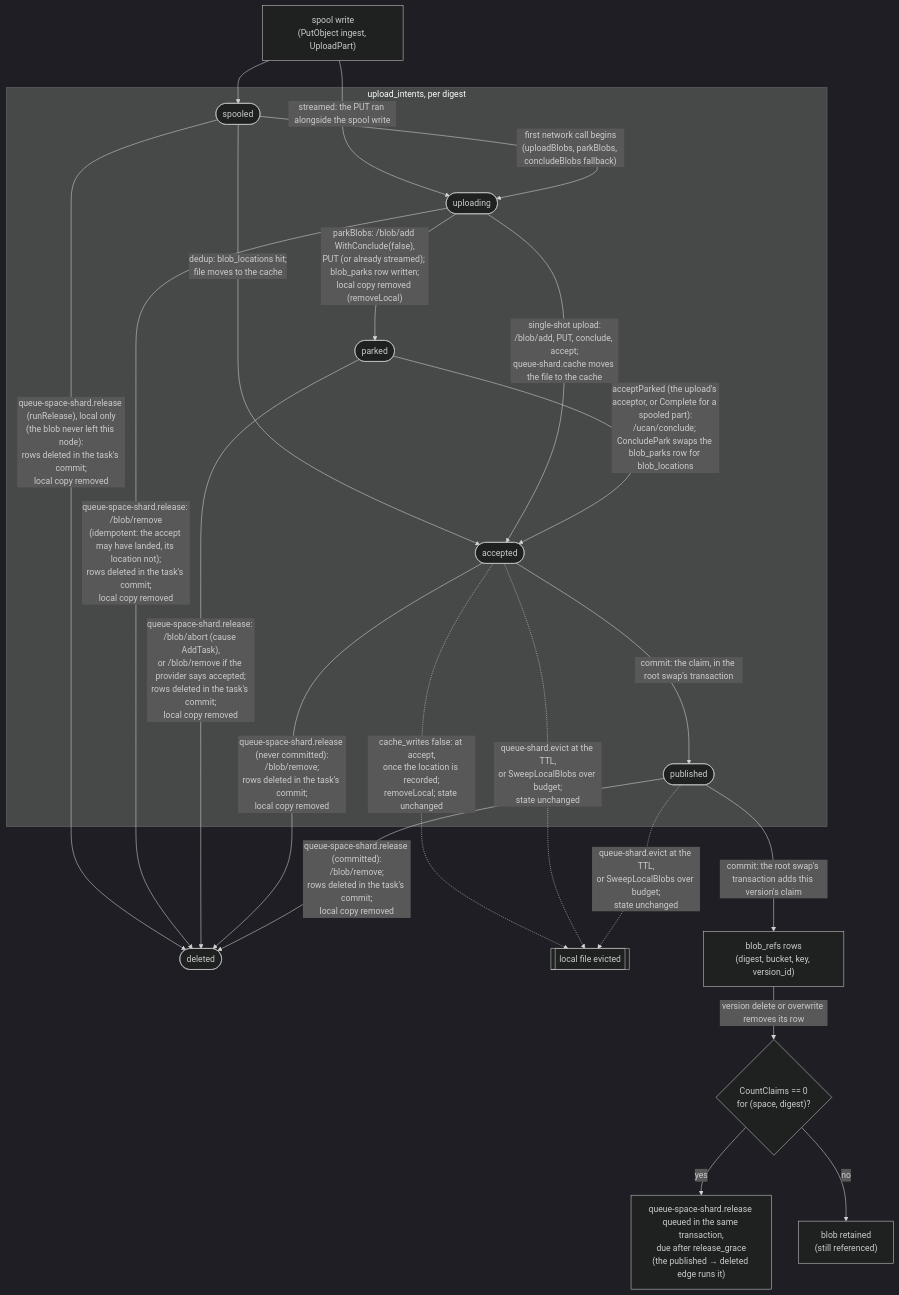
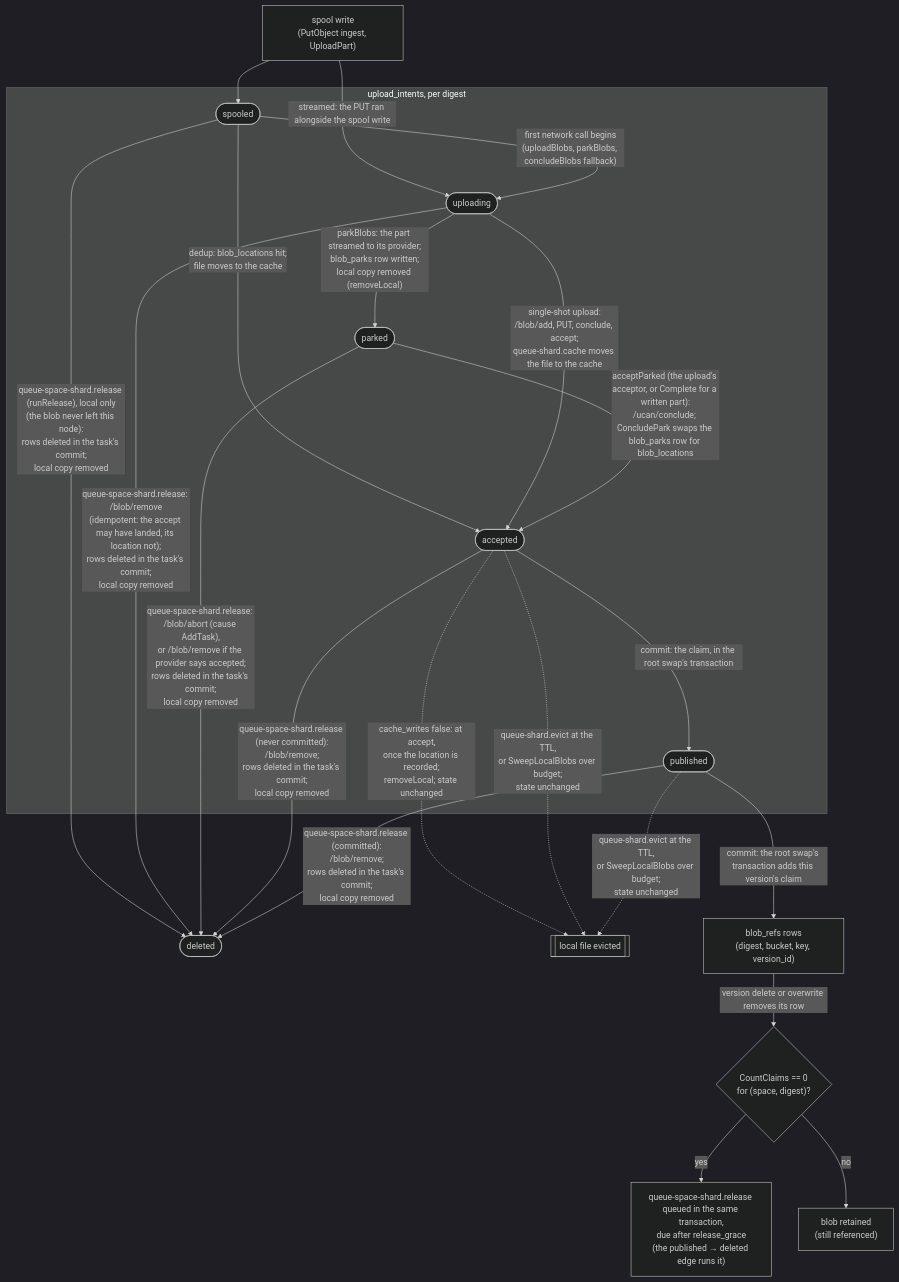
Before and after one commit to fil-forge/ingot: the ninth of 15 diagrams in docs/diagrams.md, drawn with Mermaid (dark theme). The commit also changed other lines of this file and 30 other files, not shown here.

First line of the commit message:
refactor: stream every part blob, drop multipart's spool fallbacks

````diff
--- a/docs/diagrams.md
+++ b/docs/diagrams.md
@@ -702,34 +703,34 @@
 ```mermaid
 flowchart TB
     W["spool write<br/>(PutObject ingest, UploadPart)"] --> spooled
     W -->|"streamed: the PUT ran alongside the spool write"| uploading
 
     subgraph intents["upload_intents, per digest"]
         spooled([spooled])
         uploading([uploading])
         parked([parked])
         accepted([accepted])
         published([published])
     end
 
     spooled -->|"dedup: blob_locations hit;<br/>file moves to the cache"| accepted
     spooled -->|"first network call begins<br/>(uploadBlobs, parkBlobs, concludeBlobs fallback)"| uploading
     uploading -->|"single-shot upload:<br/>/blob/add, PUT, conclude, accept;<br/>queue-shard.cache moves the file to the cache"| accepted
-    uploading -->|"parkBlobs: /blob/add WithConclude(false),<br/>PUT (or already streamed); blob_parks row written;<br/>local copy removed (removeLocal)"| parked
-    parked -->|"acceptParked (the upload's acceptor, or Complete for a spooled part):<br/>/ucan/conclude; ConcludePark swaps the blob_parks row for blob_locations"| accepted
+    uploading -->|"parkBlobs: the part streamed to its provider;<br/>blob_parks row written;<br/>local copy removed (removeLocal)"| parked
+    parked -->|"acceptParked (the upload's acceptor, or Complete for a written part):<br/>/ucan/conclude; ConcludePark swaps the blob_parks row for blob_locations"| accepted
     spooled -->|"queue-space-shard.release (runRelease), local only<br/>(the blob never left this node):<br/>rows deleted in the task's commit;<br/>local copy removed"| gone([deleted])
     uploading -->|"queue-space-shard.release: /blob/remove<br/>(idempotent: the accept may have landed, its location not);<br/>rows deleted in the task's commit;<br/>local copy removed"| gone
     parked -->|"queue-space-shard.release: /blob/abort (cause AddTask),<br/>or /blob/remove if the provider says accepted;<br/>rows deleted in the task's commit;<br/>local copy removed"| gone
     accepted -->|"queue-space-shard.release (never committed):<br/>/blob/remove;<br/>rows deleted in the task's commit;<br/>local copy removed"| gone
     published -->|"queue-space-shard.release (committed):<br/>/blob/remove;<br/>rows deleted in the task's commit;<br/>local copy removed"| gone
 
     accepted -->|"commit: the claim, in the root swap's transaction"| published
 
     accepted -.->|"cache_writes false: at accept,<br/>once the location is recorded;<br/>removeLocal; state unchanged"| evicted[["local file evicted"]]
     accepted -.->|"queue-shard.evict at the TTL,<br/>or SweepLocalBlobs over budget;<br/>state unchanged"| evicted
     published -.->|"queue-shard.evict at the TTL,<br/>or SweepLocalBlobs over budget;<br/>state unchanged"| evicted
     published -->|"commit: the root swap's transaction adds this version's claim"| refs["blob_refs rows<br/>(digest, bucket, key, version_id)"]
     refs -->|"version delete or overwrite removes its row"| zero{"CountClaims == 0<br/>for (space, digest)?"}
     zero -->|yes| rel["queue-space-shard.release queued in the same transaction,<br/>due after release_grace<br/>(the published → deleted edge runs it)"]
     zero -->|no| keep["blob retained<br/>(still referenced)"]
 ```
````
